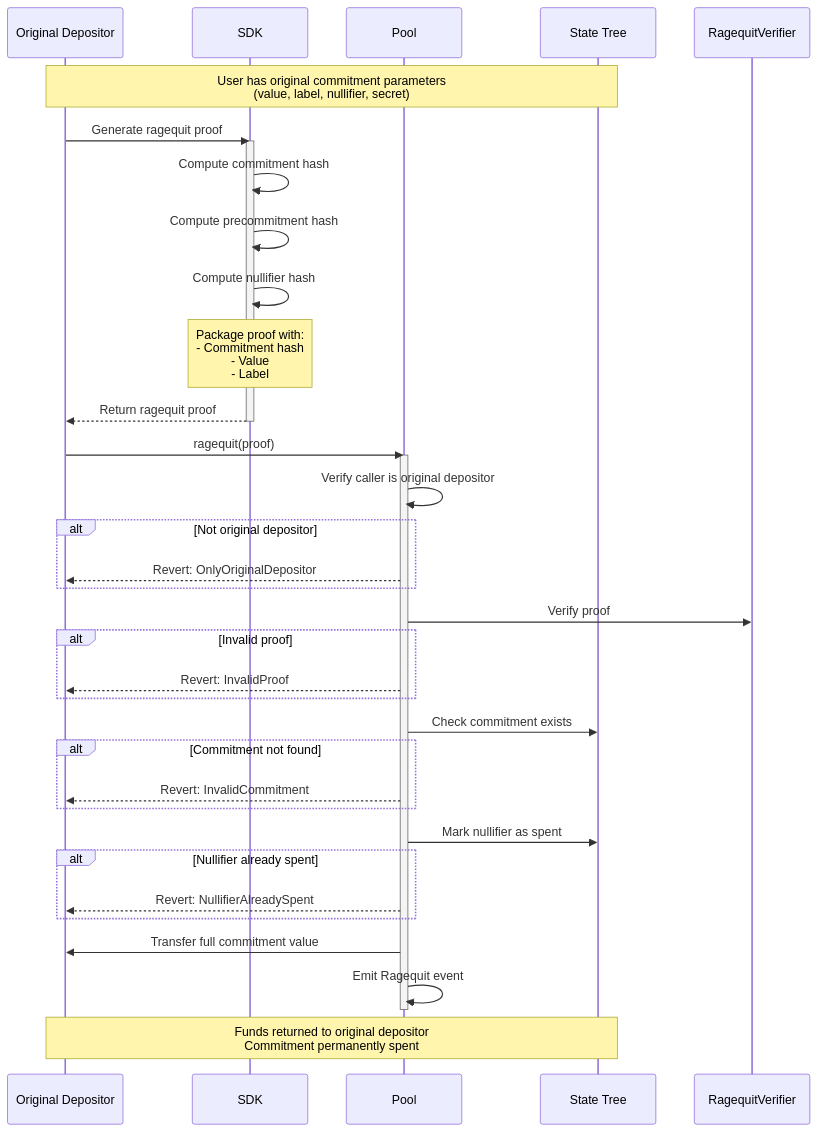
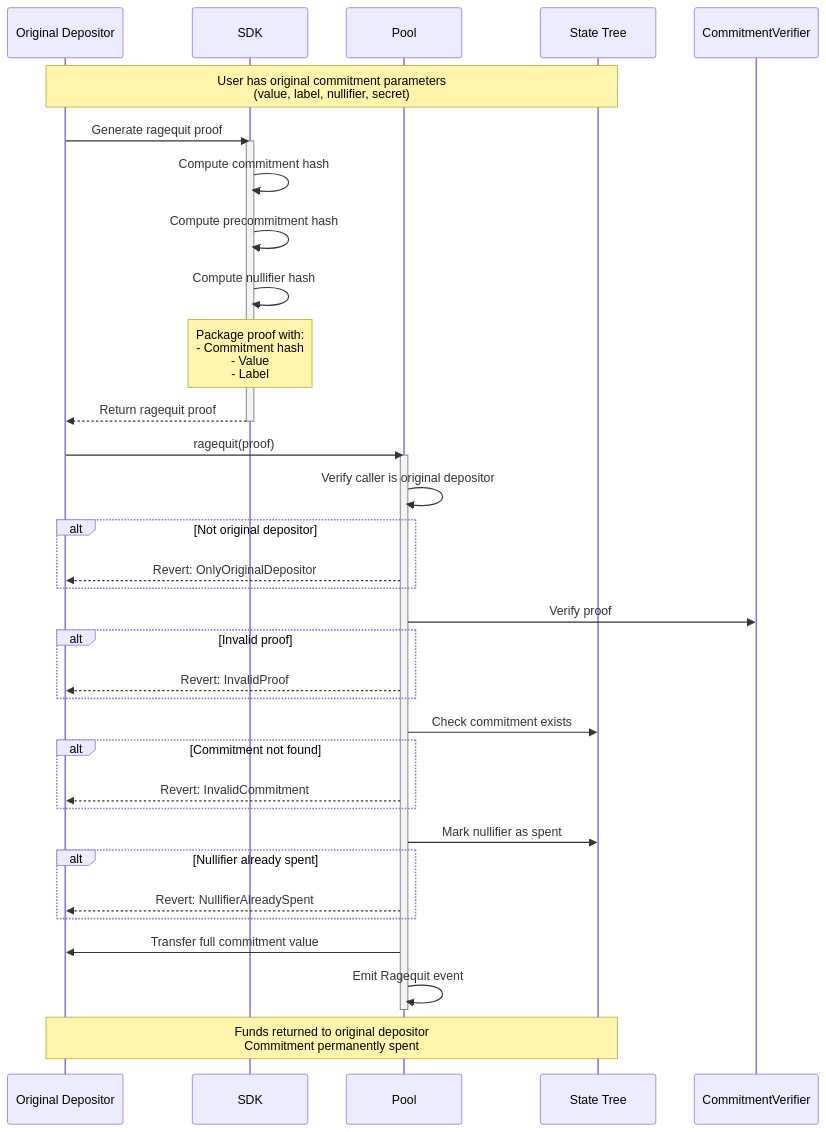
One commit to 0xmatthewb/privacy-pools-core changed the diagram in docs/docs/protocol/ragequit.md. Above: the diagram before and after it, drawn with Mermaid. The commit also changed 11 other files, not shown here.

````diff
--- a/docs/docs/protocol/ragequit.md
+++ b/docs/docs/protocol/ragequit.md
@@ -19,56 +19,56 @@
 ```mermaid
 sequenceDiagram
     participant User as Original Depositor
     participant SDK
     participant Pool
     participant State as State Tree
-    participant RQ as RagequitVerifier
+    participant RQ as CommitmentVerifier
 
     Note over User,State: User has original commitment parameters<br/>(value, label, nullifier, secret)
 
     User->>SDK: Generate ragequit proof
 
     activate SDK
     SDK->>SDK: Compute commitment hash
     SDK->>SDK: Compute precommitment hash
     SDK->>SDK: Compute nullifier hash
 
     Note over SDK: Package proof with:<br/>- Commitment hash<br/>- Value<br/>- Label
     SDK-->>User: Return ragequit proof
     deactivate SDK
 
     User->>Pool: ragequit(proof)
 
     activate Pool
 
     Pool->>Pool: Verify caller is original depositor
 
     alt Not original depositor
         Pool-->>User: Revert: OnlyOriginalDepositor
     end
 
     Pool->>RQ: Verify proof
 
     alt Invalid proof
         Pool-->>User: Revert: InvalidProof
     end
 
     Pool->>State: Check commitment exists
 
     alt Commitment not found
         Pool-->>User: Revert: InvalidCommitment
     end
 
     Pool->>State: Mark nullifier as spent
 
     alt Nullifier already spent
         Pool-->>User: Revert: NullifierAlreadySpent
     end
 
     Pool->>User: Transfer full commitment value
 
     Pool->>Pool: Emit Ragequit event
     deactivate Pool
 
     Note over User,State: Funds returned to original depositor<br/>Commitment permanently spent
 ```
````
